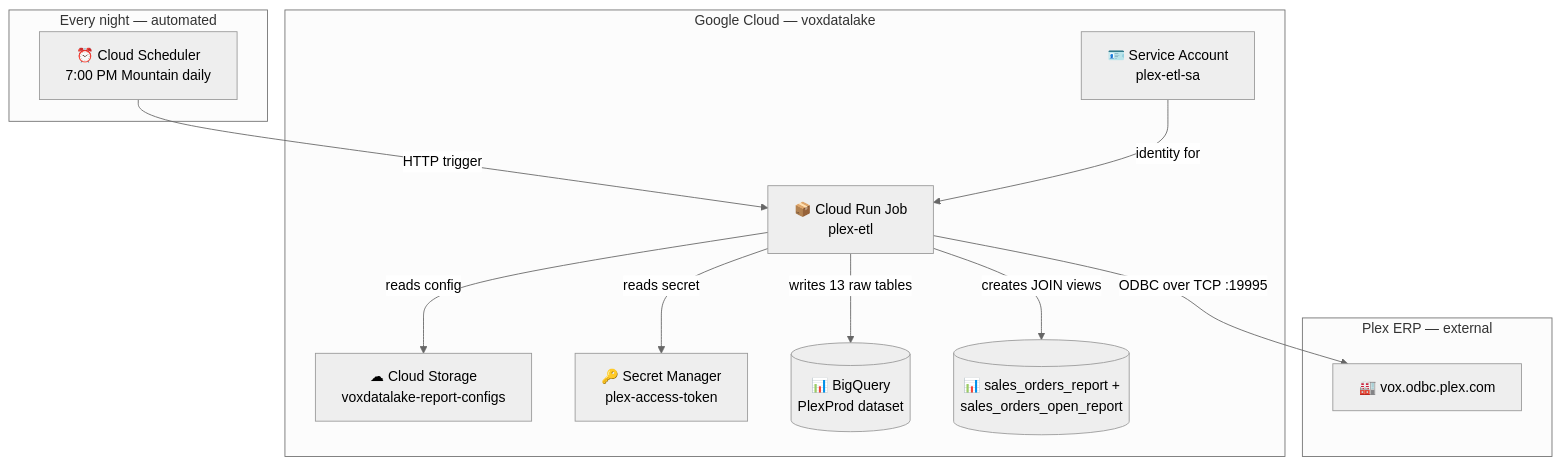
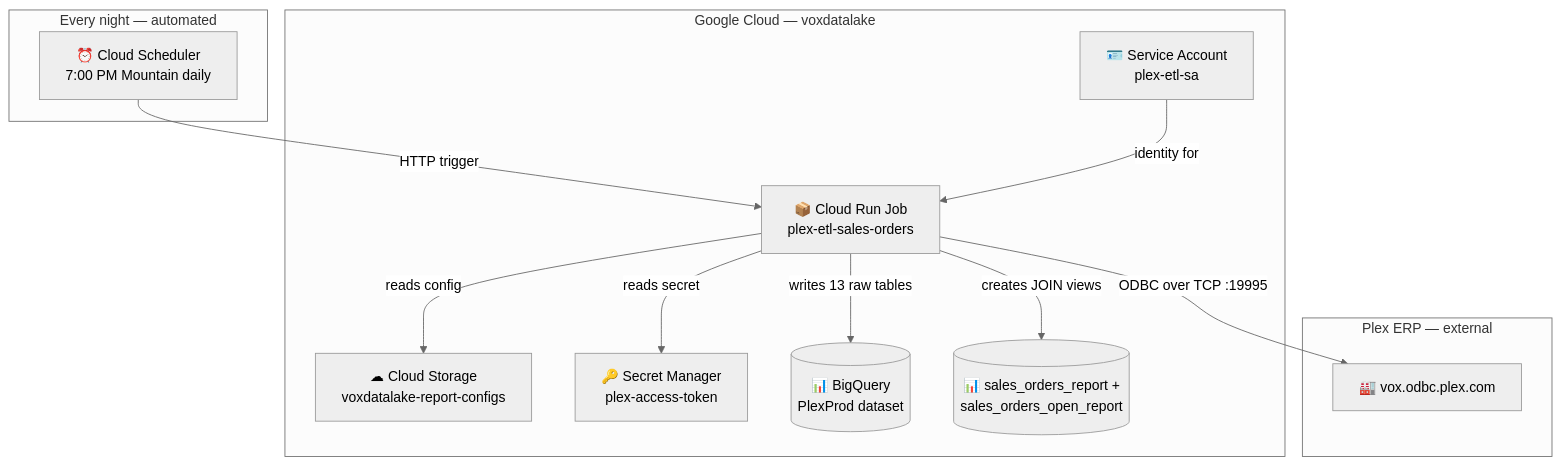
One commit to Parasol-Group-Inc/plex-to-big-query changed the first of 5 diagrams in docs/FRONTEND_GUIDE.md. Above: the diagram before and after it, drawn with Mermaid (neutral theme). The commit also changed other lines of this file and 94 other files, not shown here.

````diff
--- a/docs/FRONTEND_GUIDE.md
+++ b/docs/FRONTEND_GUIDE.md
@@ -19,19 +19,19 @@
 ```mermaid
 graph TD
     subgraph "Every night — automated"
         CS[⏰ Cloud Scheduler\n7:00 PM Mountain daily]
     end
 
     subgraph "Google Cloud — voxdatalake"
-        CS -->|HTTP trigger| CRJ[📦 Cloud Run Job\nplex-etl]
+        CS -->|HTTP trigger| CRJ[📦 Cloud Run Job\nplex-etl-sales-orders]
         CRJ -->|reads config| GCS[☁ Cloud Storage\nvoxdatalake-report-configs]
         CRJ -->|reads secret| SM[🔑 Secret Manager\nplex-access-token]
         SA[🪪 Service Account\nplex-etl-sa] -->|identity for| CRJ
         CRJ -->|writes 13 raw tables| BQ[(📊 BigQuery\nPlexProd dataset)]
         CRJ -->|creates JOIN views| VIEW[(📊 sales_orders_report +\nsales_orders_open_report)]
     end
 
     subgraph "Plex ERP — external"
         CRJ -->|ODBC over TCP :19995| PLEX[🏭 vox.odbc.plex.com]
     end
 ```
````
